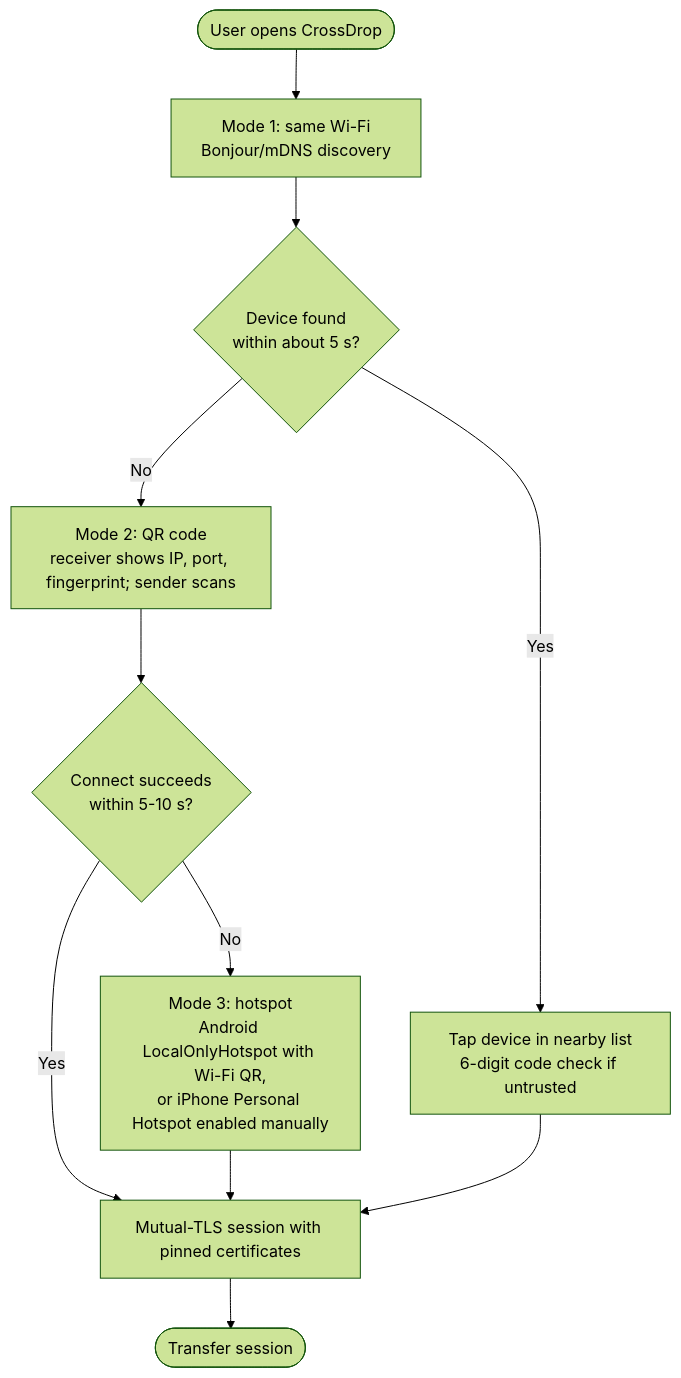
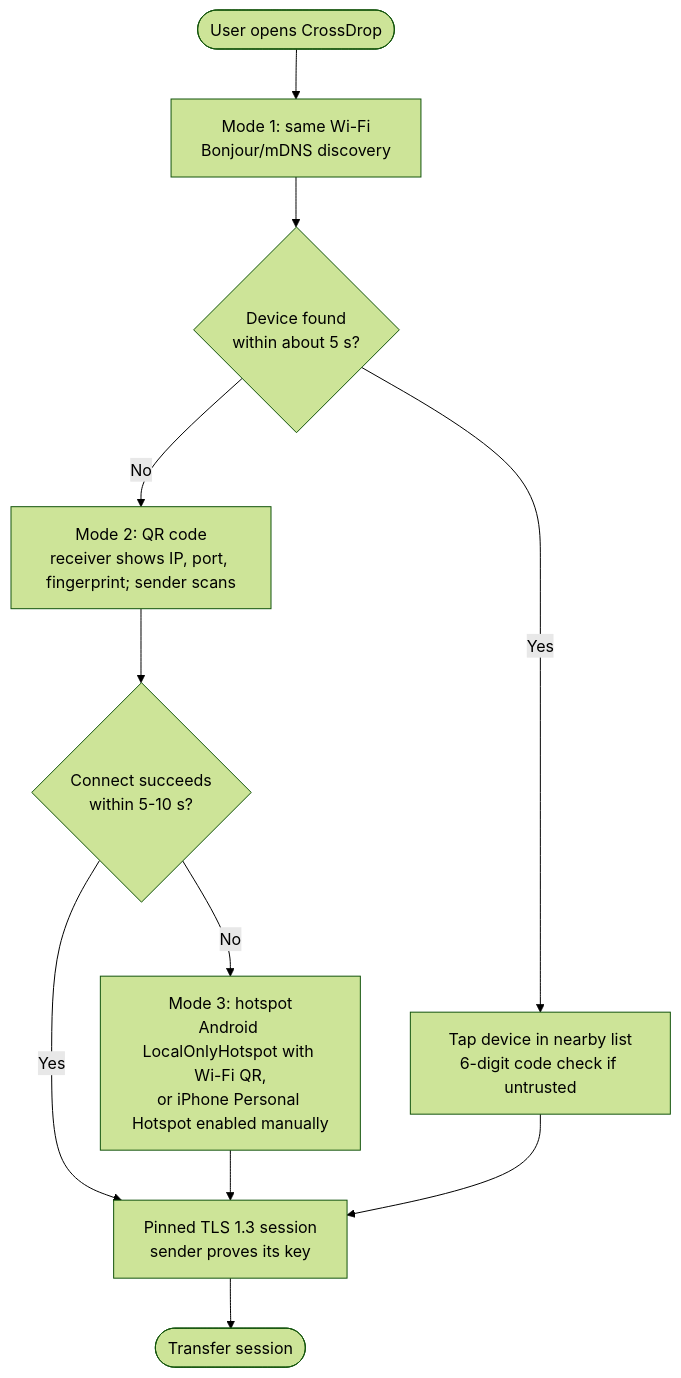
One commit to shreyashjunje/CrossDrops changed the second of 4 diagrams in docs/ARCHITECTURE.md. Above: the diagram before and after it, drawn with Mermaid (forest theme). The commit also changed other lines of this file and 1 other file, not shown here.

````diff
--- a/docs/ARCHITECTURE.md
+++ b/docs/ARCHITECTURE.md
@@ -80,13 +80,13 @@
 ```mermaid
 flowchart TD
   Start([User opens CrossDrop]) --> Wifi["Mode 1: same Wi-Fi<br/>Bonjour/mDNS discovery"]
   Wifi --> D1{"Device found<br/>within about 5 s?"}
   D1 -- Yes --> Code["Tap device in nearby list<br/>6-digit code check if untrusted"]
   D1 -- No --> QR["Mode 2: QR code<br/>receiver shows IP, port, fingerprint; sender scans"]
   QR --> D2{"Connect succeeds<br/>within 5-10 s?"}
   D2 -- Yes --> TLS
   D2 -- No --> Hot["Mode 3: hotspot<br/>Android LocalOnlyHotspot with Wi-Fi QR,<br/>or iPhone Personal Hotspot enabled manually"]
   Hot --> TLS
-  Code --> TLS["Mutual-TLS session with pinned certificates"]
+  Code --> TLS["Pinned TLS 1.3 session<br/>sender proves its key"]
   TLS --> Engine([Transfer session])
 ```
````
